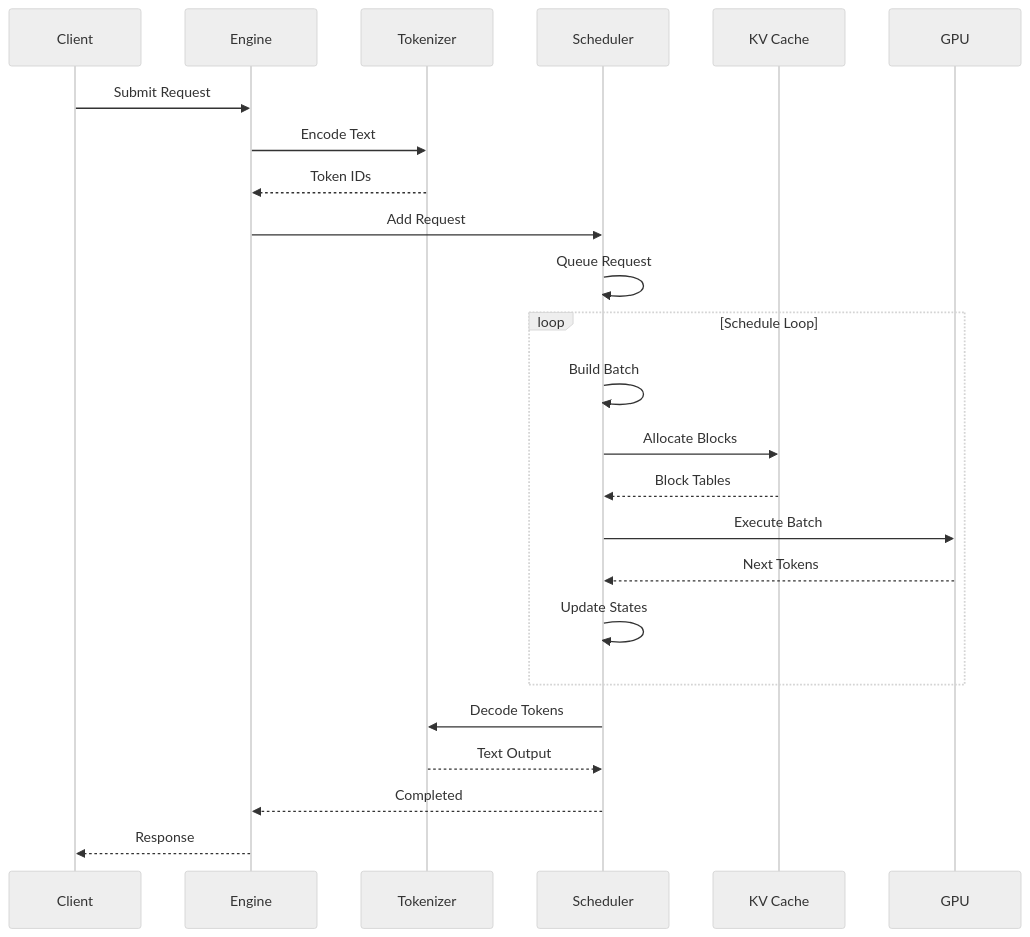
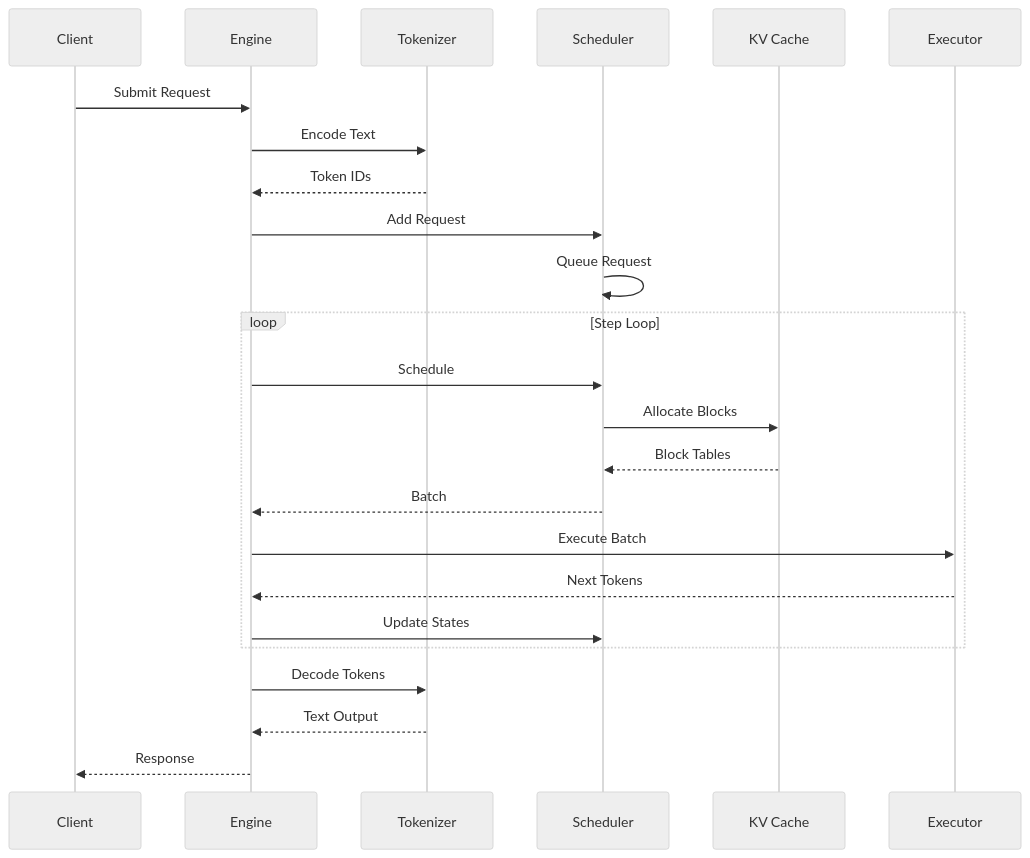
Before and after one commit to AICL-Lab/hetero-paged-infer: the second of 2 diagrams in docs/en/architecture/overview.md, drawn with Mermaid (neutral theme). The commit also changed other lines of this file and 42 other files, not shown here.

````diff
--- a/docs/en/architecture/overview.md
+++ b/docs/en/architecture/overview.md
@@ -106,29 +107,29 @@
 ```mermaid
 sequenceDiagram
     participant C as Client
     participant E as Engine
     participant T as Tokenizer
     participant S as Scheduler
     participant KVM as KV Cache
-    participant GPU as GPU
+    participant X as Executor
 
     C->>E: Submit Request
     E->>T: Encode Text
     T-->>E: Token IDs
     E->>S: Add Request
     S->>S: Queue Request
-    
-    loop Schedule Loop
-        S->>S: Build Batch
+
+    loop Step Loop
+        E->>S: Schedule
         S->>KVM: Allocate Blocks
         KVM-->>S: Block Tables
-        S->>GPU: Execute Batch
-        GPU-->>S: Next Tokens
-        S->>S: Update States
+        S-->>E: Batch
+        E->>X: Execute Batch
+        X-->>E: Next Tokens
+        E->>S: Update States
     end
-    
-    S->>T: Decode Tokens
-    T-->>S: Text Output
-    S-->>E: Completed
+
+    E->>T: Decode Tokens
+    T-->>E: Text Output
     E-->>C: Response
 ```
````
